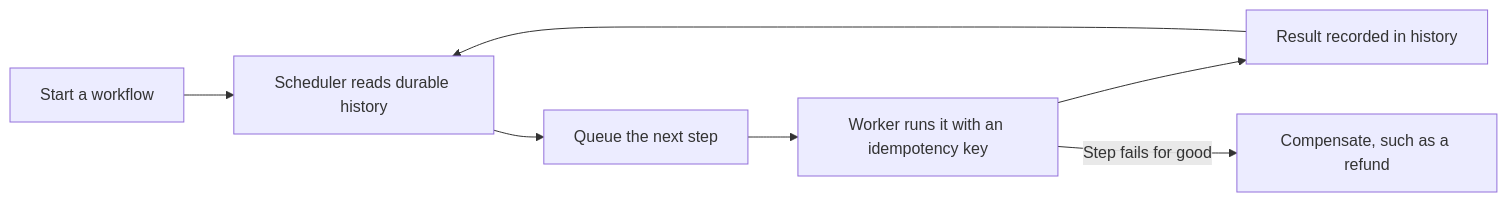
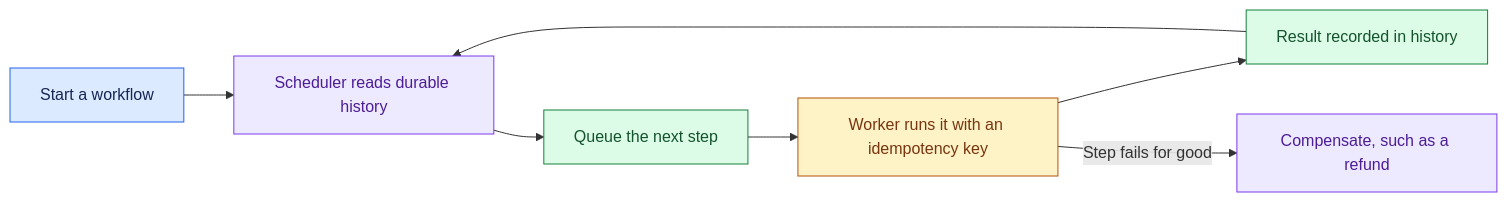
Before and after one commit to Sourav692/Forward-Deployed-Engineer-Interview-Prep: the diagram in site/content/modules/15-fde-case-studies/standalone-designs/reliable-workflow-orchestration/intro.md, drawn with Mermaid. The commit also changed 1268 other files, not shown here.

First line of the commit message:
content: polish Casebook writing and Mermaid diagrams (#251)

````diff
--- a/site/content/modules/15-fde-case-studies/standalone-designs/reliable-workflow-orchestration/intro.md
+++ b/site/content/modules/15-fde-case-studies/standalone-designs/reliable-workflow-orchestration/intro.md
@@ -15,9 +15,19 @@
 ```mermaid
 flowchart LR
   A[Start a workflow] --> B[Scheduler reads durable history]
   B --> C[Queue the next step]
   C --> D[Worker runs it with an idempotency key]
   D --> E[Result recorded in history]
   E --> B
   D -->|Step fails for good| F[Compensate, such as a refund]
+
+    %% Casebook colours: entry, reasoning, results, controls, and stopped paths.
+    classDef cbInput fill:#dbeafe,stroke:#2563eb,color:#172554
+    class A cbInput
+    classDef cbReason fill:#ede9fe,stroke:#7c3aed,color:#4c1d95
+    class B,F cbReason
+    classDef cbAction fill:#dcfce7,stroke:#15803d,color:#14532d
+    class C,E cbAction
+    classDef cbPolicy fill:#fef3c7,stroke:#b45309,color:#78350f
+    class D cbPolicy
 ```
````
